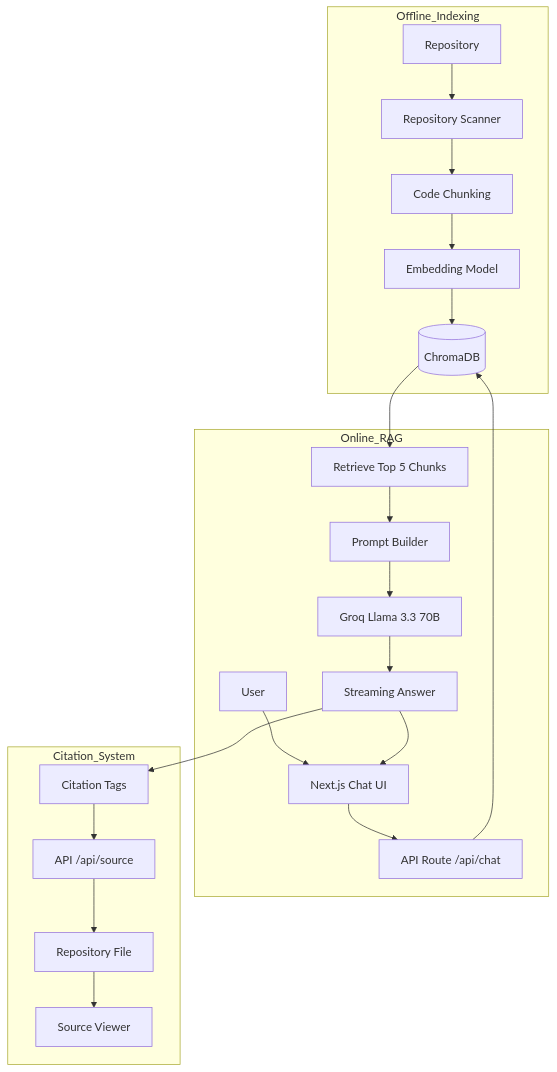
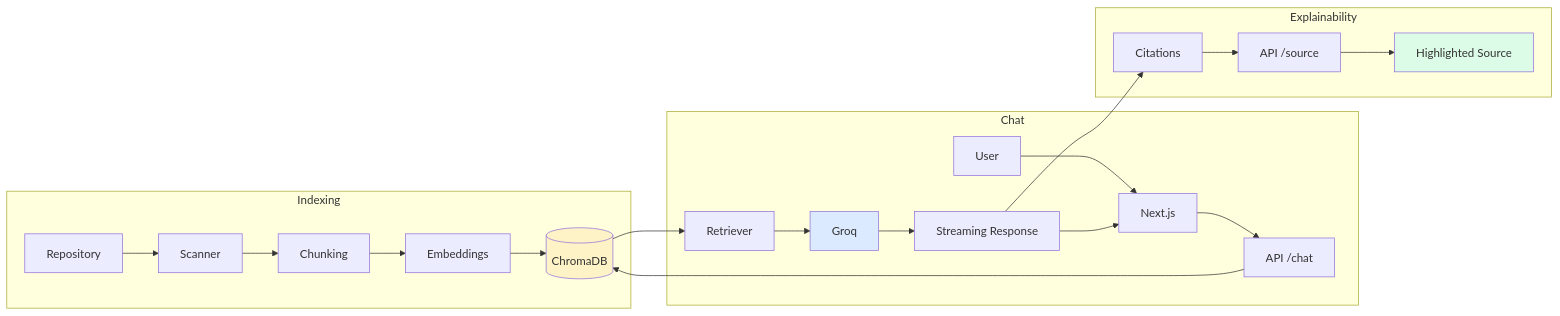
The diagram in README.md (Fathimafidhatp/Glass-box-RAG), drawn with Mermaid before and after one commit. The commit also changed other lines of this file, not shown here.

Commit message:
Revise system architecture section in README
Updated system architecture diagram and formatting in README.

````diff
--- a/README.md
+++ b/README.md
@@ -71,31 +71,32 @@
 ```mermaid
-flowchart TB
+flowchart LR
 
-subgraph Offline_Indexing
+subgraph Indexing
 A[Repository]
---> B[Repository Scanner]
---> C[Code Chunking]
---> D[Embedding Model]
---> E[(ChromaDB)]
+-->B[Scanner]
+-->C[Chunking]
+-->D[Embeddings]
+-->E[(ChromaDB)]
 end
 
-subgraph Online_RAG
+subgraph Chat
 F[User]
---> G[Next.js Chat UI]
---> H["API Route /api/chat"]
-
-H --> E
-E --> I[Retrieve Top 5 Chunks]
-I --> J[Prompt Builder]
-J --> K["Groq Llama 3.3 70B"]
-K --> L[Streaming Answer]
-L --> G
+-->G[Next.js]
+-->H["API /chat"]
+H-->E
+E-->I[Retriever]
+I-->J[Groq]
+J-->K[Streaming Response]
+K-->G
 end
 
-subgraph Citation_System
-L --> M["Citation Tags"]
-M --> N["API /api/source"]
-N --> O[Repository File]
-O --> P[Source Viewer]
+subgraph Explainability
+K-->L[Citations]
+L-->M["API /source"]
+M-->N[Highlighted Source]
 end
+
+style E fill:#fef3c7
+style J fill:#dbeafe
+style N fill:#dcfce7
 ```
````
